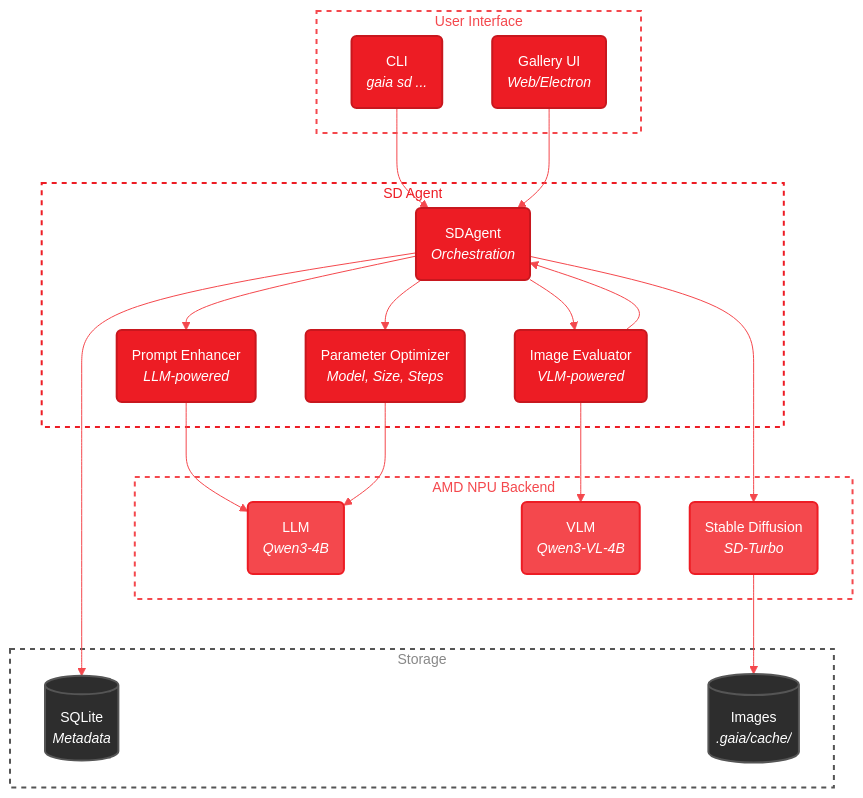
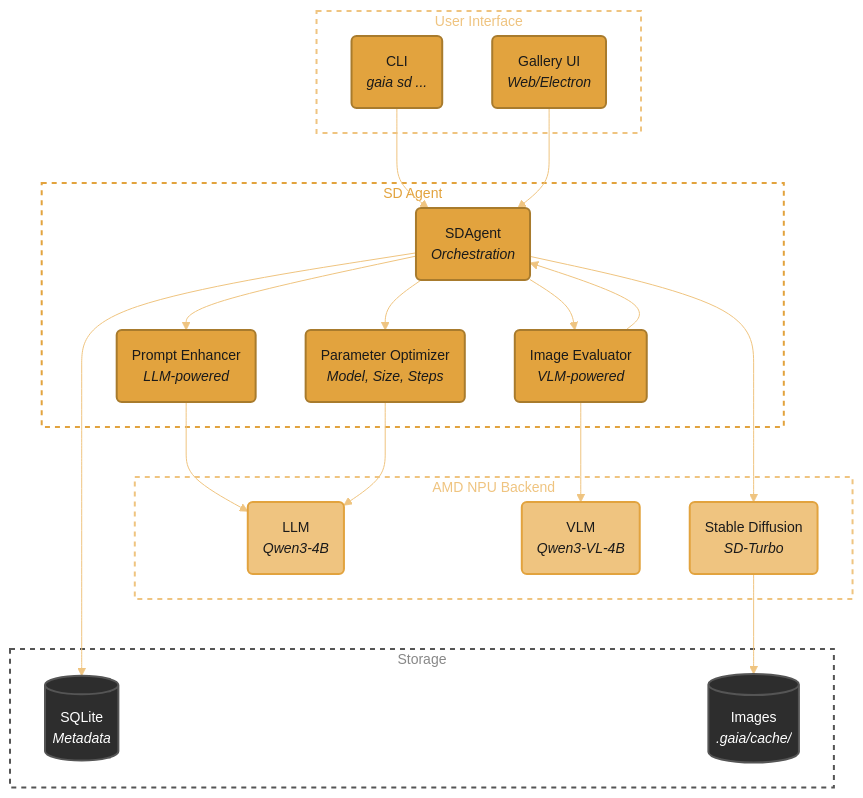
Before and after one commit to amd/gaia: the diagram in docs/plans/image-agent.mdx, drawn with Mermaid. The commit also changed 37 other files, not shown here.

````diff
--- a/docs/plans/image-agent.mdx
+++ b/docs/plans/image-agent.mdx
@@ -52,59 +52,59 @@
 ```mermaid
-%%{init: {'theme':'base', 'themeVariables': { 'primaryColor':'#ED1C24', 'primaryTextColor':'#fff', 'primaryBorderColor':'#C8171E', 'lineColor':'#F4484D', 'secondaryColor':'#2d2d2d', 'tertiaryColor':'#f5f5f5', 'fontSize':'14px', 'fontFamily': 'system-ui, -apple-system, sans-serif'}}}%%
+%%{init: {'theme':'base', 'themeVariables': { 'primaryColor':'#E2A33E', 'primaryTextColor':'#1a1a1a', 'primaryBorderColor':'#A87B2D', 'lineColor':'#EFC480', 'secondaryColor':'#2d2d2d', 'tertiaryColor':'#f5f5f5', 'fontSize':'14px', 'fontFamily': 'system-ui, -apple-system, sans-serif'}}}%%
 graph TD
     subgraph UI["User Interface"]
         CLI("CLI<br/><i>gaia sd ...</i>")
         Gallery("Gallery UI<br/><i>Web/Electron</i>")
     end
 
     subgraph Agent["SD Agent"]
         Core("SDAgent<br/><i>Orchestration</i>")
         Enhance("Prompt Enhancer<br/><i>LLM-powered</i>")
         Params("Parameter Optimizer<br/><i>Model, Size, Steps</i>")
         Eval("Image Evaluator<br/><i>VLM-powered</i>")
     end
 
     subgraph Backend["AMD NPU Backend"]
         LLM("LLM<br/><i>Qwen3-4B</i>")
         VLM("VLM<br/><i>Qwen3-VL-4B</i>")
         SD("Stable Diffusion<br/><i>SD-Turbo</i>")
     end
 
     subgraph Storage["Storage"]
         DB[("SQLite<br/><i>Metadata</i>")]
         Files[("Images<br/><i>.gaia/cache/</i>")]
     end
 
     CLI --> Core
     Gallery --> Core
 
     Core --> Enhance
     Core --> Params
     Core --> Eval
 
     Enhance --> LLM
     Params --> LLM
     Eval --> VLM
     Core --> SD
 
     SD --> Files
     Core --> DB
     Eval --> Core
 
-    style Core fill:#ED1C24,stroke:#C8171E,stroke-width:2px,color:#fff
-    style Enhance fill:#ED1C24,stroke:#C8171E,stroke-width:2px,color:#fff
-    style Params fill:#ED1C24,stroke:#C8171E,stroke-width:2px,color:#fff
-    style Eval fill:#ED1C24,stroke:#C8171E,stroke-width:2px,color:#fff
-    style CLI fill:#ED1C24,stroke:#C8171E,stroke-width:2px,color:#fff
-    style Gallery fill:#ED1C24,stroke:#C8171E,stroke-width:2px,color:#fff
-    style LLM fill:#F4484D,stroke:#ED1C24,stroke-width:2px,color:#fff
-    style VLM fill:#F4484D,stroke:#ED1C24,stroke-width:2px,color:#fff
-    style SD fill:#F4484D,stroke:#ED1C24,stroke-width:2px,color:#fff
+    style Core fill:#E2A33E,stroke:#A87B2D,stroke-width:2px,color:#1a1a1a
+    style Enhance fill:#E2A33E,stroke:#A87B2D,stroke-width:2px,color:#1a1a1a
+    style Params fill:#E2A33E,stroke:#A87B2D,stroke-width:2px,color:#1a1a1a
+    style Eval fill:#E2A33E,stroke:#A87B2D,stroke-width:2px,color:#1a1a1a
+    style CLI fill:#E2A33E,stroke:#A87B2D,stroke-width:2px,color:#1a1a1a
+    style Gallery fill:#E2A33E,stroke:#A87B2D,stroke-width:2px,color:#1a1a1a
+    style LLM fill:#EFC480,stroke:#E2A33E,stroke-width:2px,color:#1a1a1a
+    style VLM fill:#EFC480,stroke:#E2A33E,stroke-width:2px,color:#1a1a1a
+    style SD fill:#EFC480,stroke:#E2A33E,stroke-width:2px,color:#1a1a1a
     style DB fill:#2d2d2d,stroke:#555,stroke-width:2px,color:#fff
     style Files fill:#2d2d2d,stroke:#555,stroke-width:2px,color:#fff
 
-    style UI fill:transparent,stroke:#F4484D,stroke-width:2px,stroke-dasharray: 5 5,color:#F4484D
-    style Agent fill:transparent,stroke:#ED1C24,stroke-width:2px,stroke-dasharray: 5 5,color:#ED1C24
-    style Backend fill:transparent,stroke:#F4484D,stroke-width:2px,stroke-dasharray: 5 5,color:#F4484D
+    style UI fill:transparent,stroke:#EFC480,stroke-width:2px,stroke-dasharray: 5 5,color:#EFC480
+    style Agent fill:transparent,stroke:#E2A33E,stroke-width:2px,stroke-dasharray: 5 5,color:#E2A33E
+    style Backend fill:transparent,stroke:#EFC480,stroke-width:2px,stroke-dasharray: 5 5,color:#EFC480
     style Storage fill:transparent,stroke:#555,stroke-width:2px,stroke-dasharray: 5 5,color:#888
 ```
````
